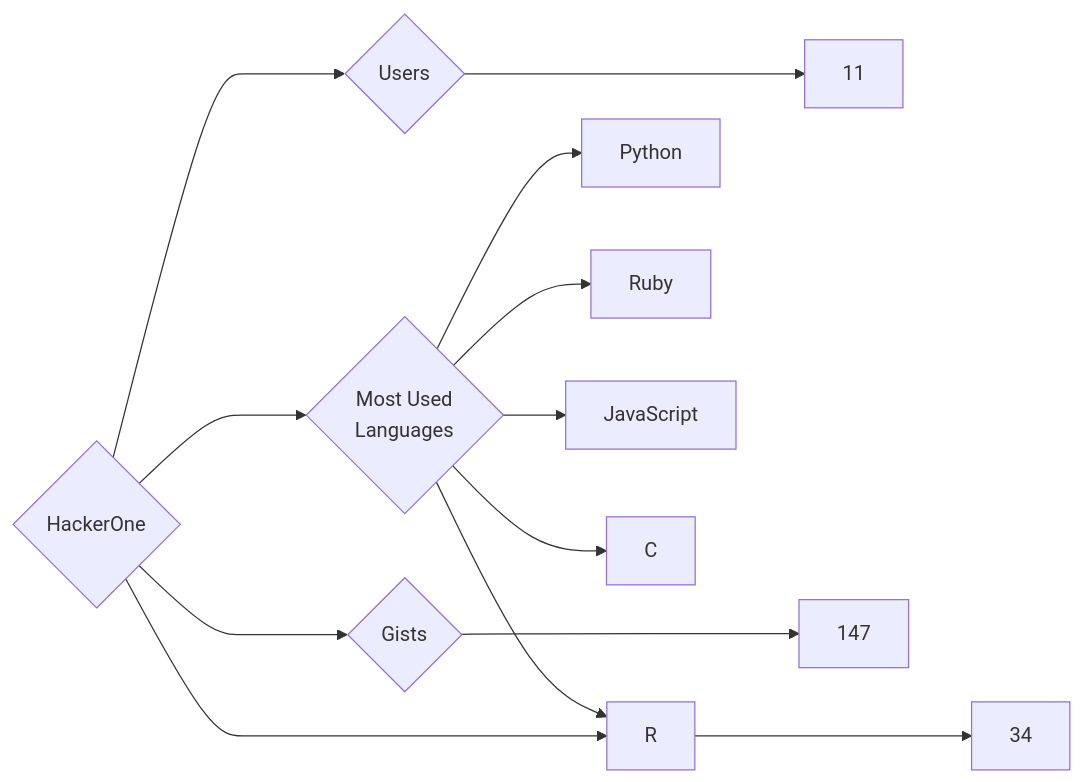
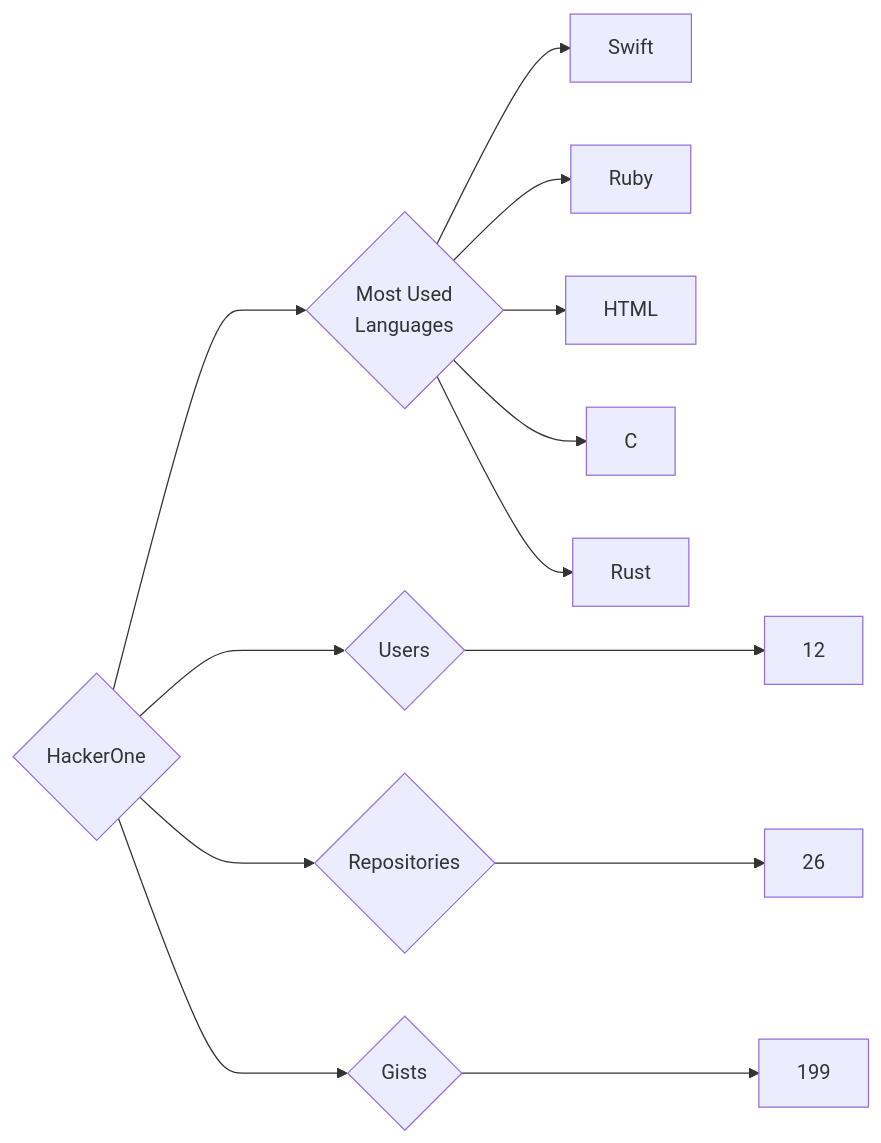
The diagram in targets/HackerOne/README.md (trickest/insiders), drawn with Mermaid before and after one commit. The commit also changed 1141 other files, not shown here.

````diff
--- a/targets/HackerOne/README.md
+++ b/targets/HackerOne/README.md
@@ -3,13 +3,13 @@
 ```mermaid
 graph LR
 COMPANY_NAME{HackerOne}
-COMPANY_NAME ---> U{Users} ---> UN[11]
-COMPANY_NAME ---> R{Repositories} ---> RN[34]
-COMPANY_NAME ---> G{Gists} ---> GN[147]
+COMPANY_NAME ---> U{Users} ---> UN[12]
+COMPANY_NAME ---> R{Repositories} ---> RN[26]
+COMPANY_NAME ---> G{Gists} ---> GN[199]
 COMPANY_NAME ---> ML{Most Used<br>Languages}
-ML --> Python[Python]
-ML --> R[R]
+ML --> Swift[Swift]
 ML --> Ruby[Ruby]
-ML --> JavaScript[JavaScript]
+ML --> HTML[HTML]
 ML --> C[C]
+ML --> Rust[Rust]
 ```
````
